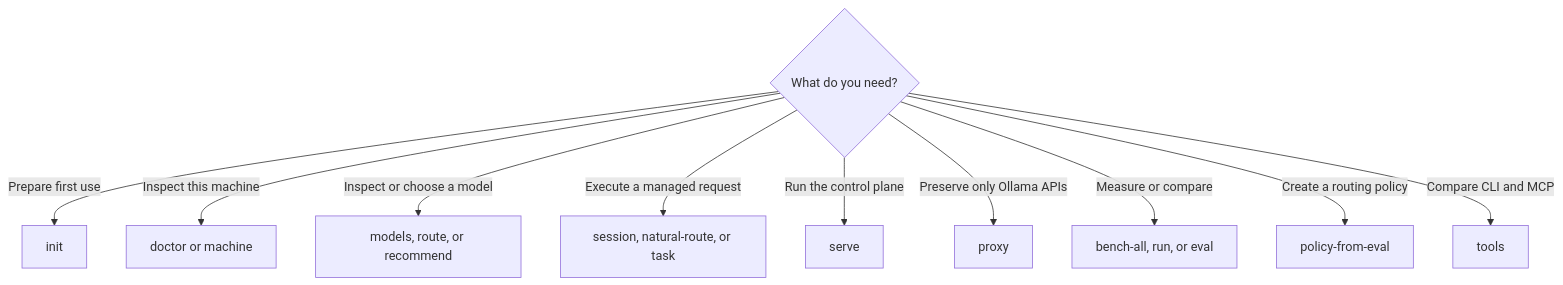
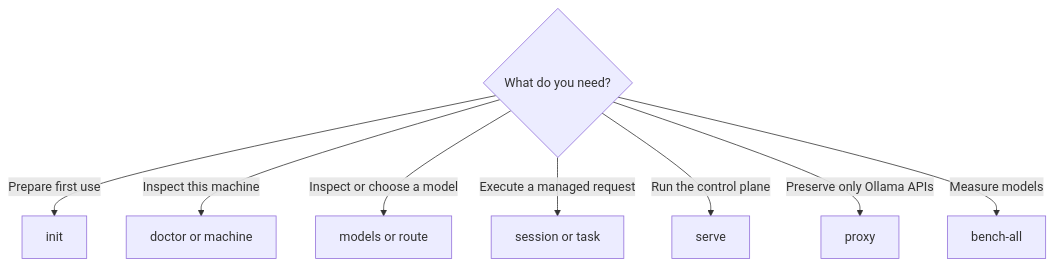
One commit to bgauryy/FreeLlama changed the first of 2 diagrams in docs/CLI.md. Above: the diagram before and after it, drawn with Mermaid. The commit also changed other lines of this file and 351 other files, not shown here.

````diff
--- a/docs/CLI.md
+++ b/docs/CLI.md
@@ -10,13 +10,11 @@
 ```mermaid
 flowchart TD
     Q{"What do you need?"}
     Q -->|"Prepare first use"| I["init"]
     Q -->|"Inspect this machine"| D["doctor or machine"]
-    Q -->|"Inspect or choose a model"| M["models, route, or recommend"]
-    Q -->|"Execute a managed request"| T["session, natural-route, or task"]
+    Q -->|"Inspect or choose a model"| M["models or route"]
+    Q -->|"Execute a managed request"| T["session or task"]
     Q -->|"Run the control plane"| S["serve"]
     Q -->|"Preserve only Ollama APIs"| P["proxy"]
-    Q -->|"Measure or compare"| B["bench-all, run, or eval"]
-    Q -->|"Create a routing policy"| E["policy-from-eval"]
-    Q -->|"Compare CLI and MCP"| L["tools"]
+    Q -->|"Measure models"| B["bench-all"]
 ```
````
